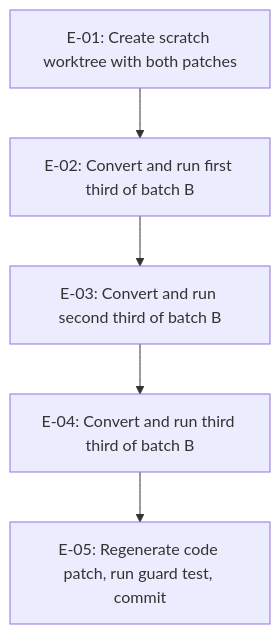
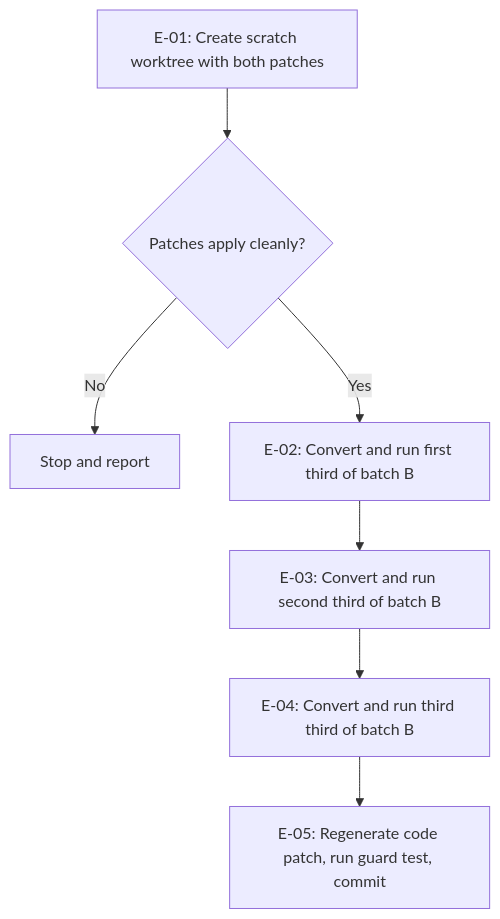
One commit to fariello/agent-workflows changed the diagram in .aw/records/plans/pending/20261125-metastore-309-psm9ac-convert-test-batch-b-backlog-handoff-close-through-ipd-depen.ipd.md. Above: the diagram before and after it, drawn with Mermaid. The commit also changed other lines of this file, not shown here.

````diff
--- a/.aw/records/plans/pending/20261125-metastore-309-psm9ac-convert-test-batch-b-backlog-handoff-close-through-ipd-depen.ipd.md
+++ b/.aw/records/plans/pending/20261125-metastore-309-psm9ac-convert-test-batch-b-backlog-handoff-close-through-ipd-depen.ipd.md
@@ -118,7 +123,9 @@
 ```mermaid
 flowchart TD
-    E01["E-01: Create scratch worktree with both patches"] --> E02["E-02: Convert and run first third of batch B"]
+    E01["E-01: Create scratch worktree with both patches"] --> P{"Patches apply cleanly?"}
+    P -->|No| STOP["Stop and report"]
+    P -->|Yes| E02["E-02: Convert and run first third of batch B"]
     E02 --> E03["E-03: Convert and run second third of batch B"]
     E03 --> E04["E-04: Convert and run third third of batch B"]
     E04 --> E05["E-05: Regenerate code patch, run guard test, commit"]
 ```
````
